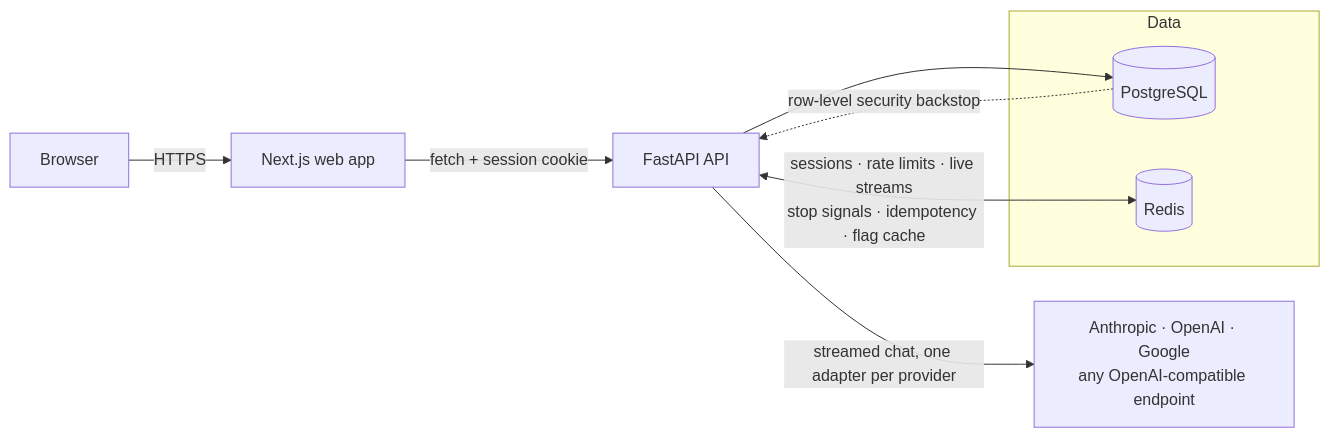
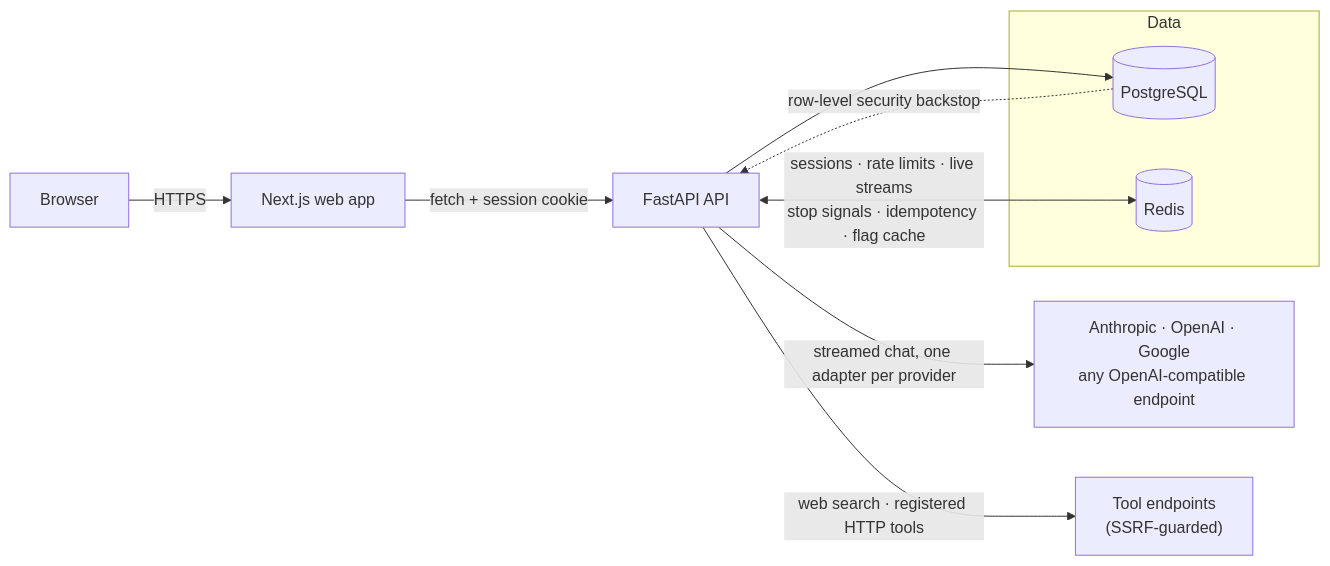
One commit to Amboyandrey/ReCore changed the diagram in README.md. Above: the diagram before and after it, drawn with Mermaid. The commit also changed other lines of this file and 1 other file, not shown here.

````diff
--- a/README.md
+++ b/README.md
@@ -28,16 +37,17 @@
 ```mermaid
 flowchart LR
     Browser -->|HTTPS| Web["Next.js web app"]
     Web -->|"fetch + session cookie"| API["FastAPI API"]
 
     subgraph Data
         PG[("PostgreSQL")]
         Redis[("Redis")]
     end
 
     API --> PG
     API <-->|"sessions · rate limits · live streams<br/>stop signals · idempotency · flag cache"| Redis
     API -->|"streamed chat, one adapter per provider"| LLM["Anthropic · OpenAI · Google<br/>any OpenAI-compatible endpoint"]
+    API -->|"web search · registered HTTP tools"| Tools["Tool endpoints<br/>(SSRF-guarded)"]
 
     PG -.->|"row-level security backstop"| API
 ```
````
